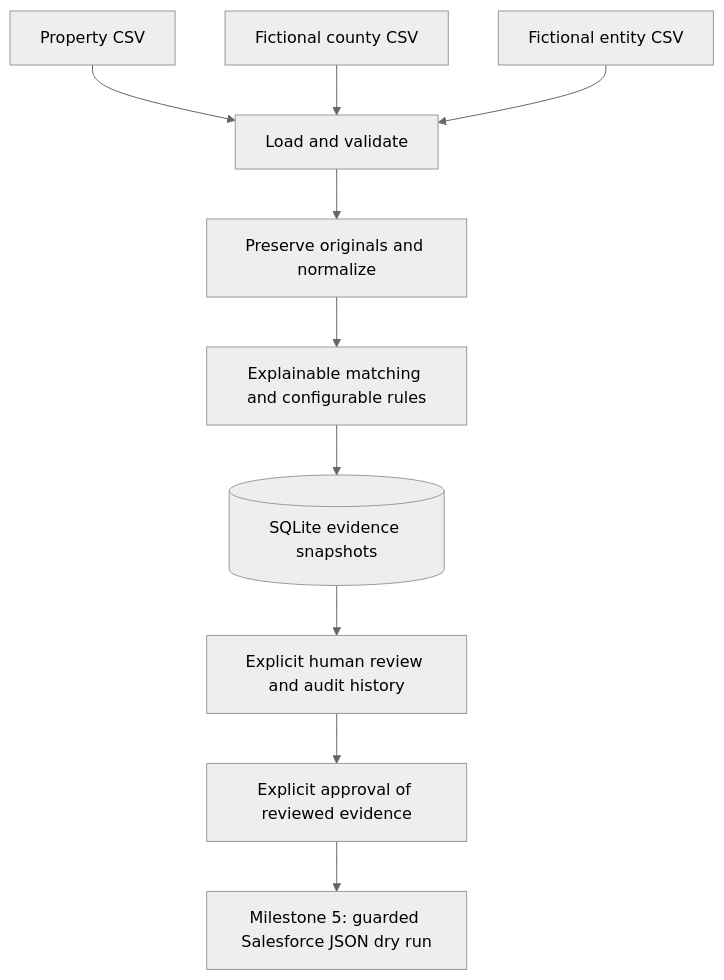
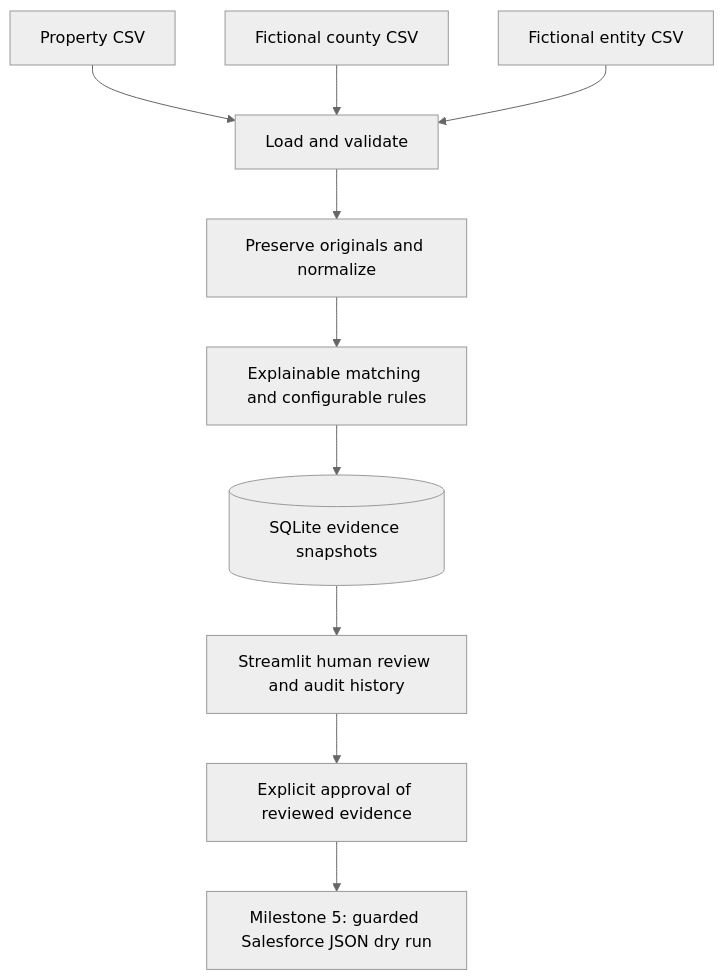
Before and after one commit to templeanderson/ownership-intelligence: the diagram in README.md, drawn with Mermaid (neutral theme). The commit also changed other lines of this file and 7 other files, not shown here.

Commit message:
Build streamlit review interface

````diff
--- a/README.md
+++ b/README.md
@@ -154,12 +175,12 @@
 ```mermaid
 flowchart TD
     P[Property CSV] --> I[Load and validate]
     C[Fictional county CSV] --> I
     E[Fictional entity CSV] --> I
     I --> N[Preserve originals and normalize]
     N --> M[Explainable matching and configurable rules]
     M --> DB[(SQLite evidence snapshots)]
-    DB --> R[Explicit human review and audit history]
+    DB --> R[Streamlit human review and audit history]
     R --> A[Explicit approval of reviewed evidence]
     A --> X[Milestone 5: guarded Salesforce JSON dry run]
 ```
````
